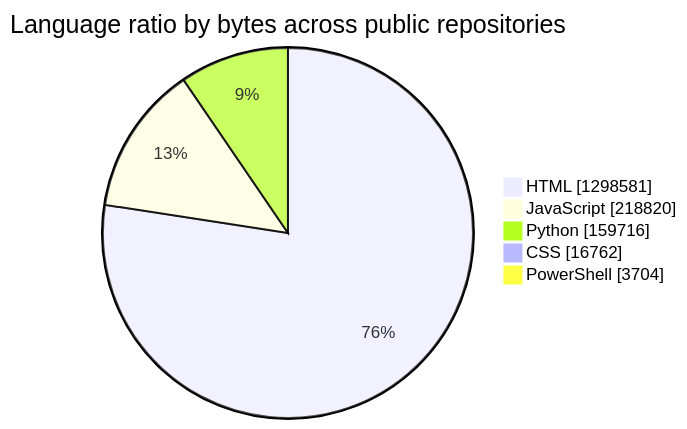
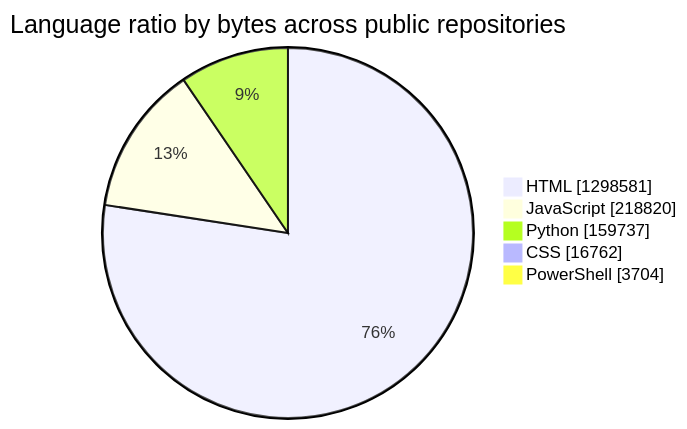
One commit to tchinso/tchinso changed the first of 2 diagrams in README.md. Above: the diagram before and after it, drawn with Mermaid. The commit also changed other lines of this file, not shown here.

````diff
--- a/README.md
+++ b/README.md
@@ -21,9 +21,9 @@
 ```mermaid
 pie showData
     title Language ratio by bytes across public repositories
     "HTML" : 1298581
     "JavaScript" : 218820
-    "Python" : 159716
+    "Python" : 159737
     "CSS" : 16762
     "PowerShell" : 3704
 ```
````
